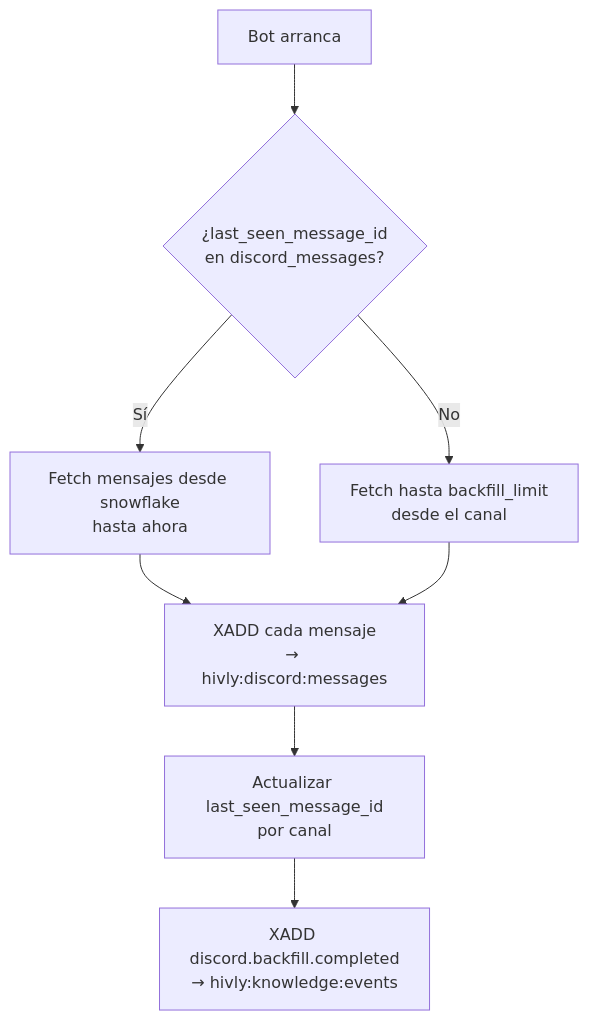
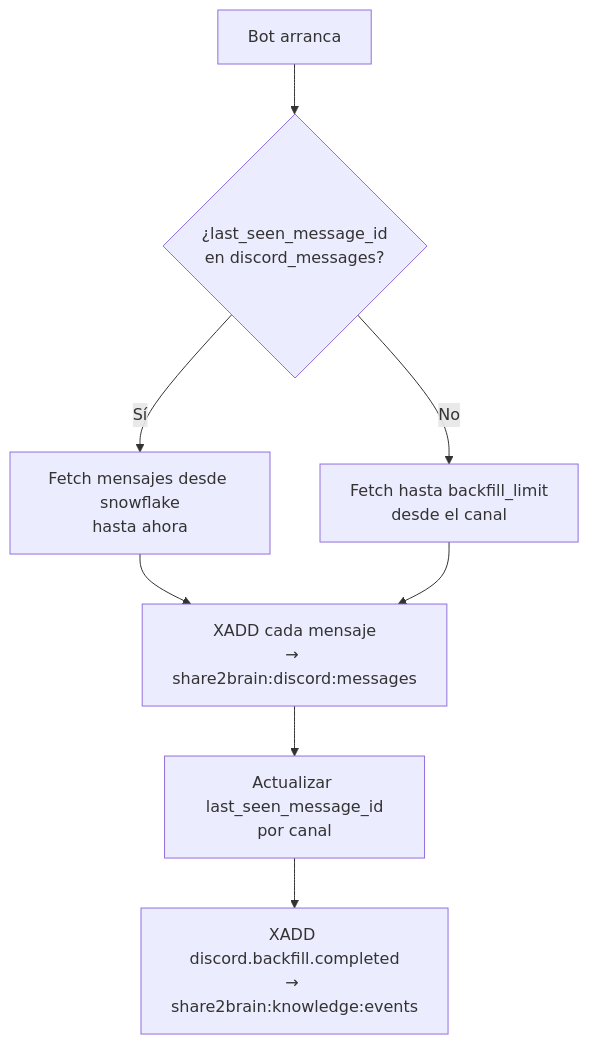
The fourth of 7 diagrams in _bmad-output/planning-artifacts/architecture/architecture-hivly-2026-06-30/TECHNICAL-DESIGN.md (borjaberrocal87/hivly), drawn with Mermaid before and after one commit. The commit also changed other lines of this file and 72 other files, not shown here.

First line of the commit message:
chore(bmad): sweep hivly -> share2brain across artifacts

````diff
--- a/_bmad-output/planning-artifacts/architecture/architecture-hivly-2026-06-30/TECHNICAL-DESIGN.md
+++ b/_bmad-output/planning-artifacts/architecture/architecture-hivly-2026-06-30/TECHNICAL-DESIGN.md
@@ -514,10 +514,10 @@
 ```mermaid
 flowchart TD
     A[Bot arranca] --> B{¿last_seen_message_id\nen discord_messages?}
     B -->|Sí| C[Fetch mensajes desde snowflake\nhasta ahora]
     B -->|No| D[Fetch hasta backfill_limit\ndesde el canal]
-    C --> E[XADD cada mensaje\n→ hivly:discord:messages]
+    C --> E[XADD cada mensaje\n→ share2brain:discord:messages]
     D --> E
     E --> F[Actualizar last_seen_message_id\npor canal]
-    F --> G[XADD discord.backfill.completed\n→ hivly:knowledge:events]
+    F --> G[XADD discord.backfill.completed\n→ share2brain:knowledge:events]
 ```
````
